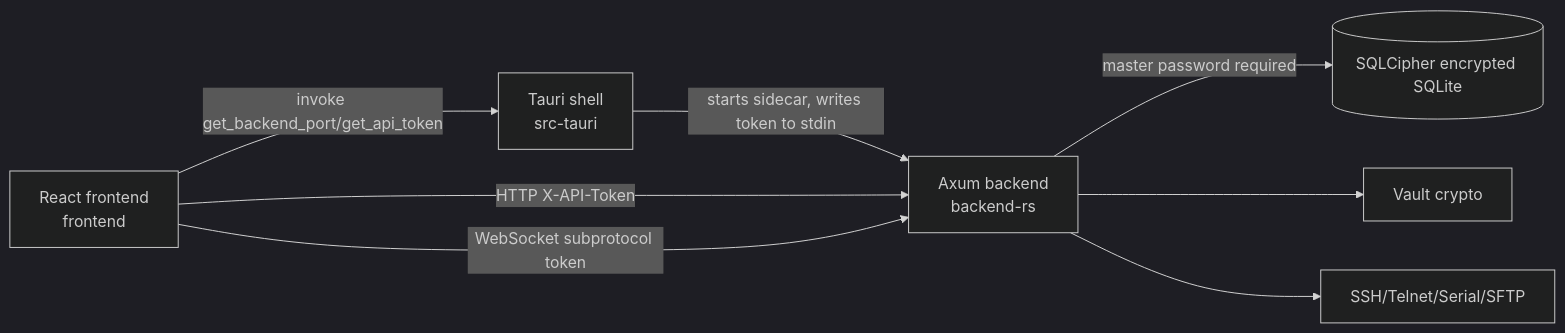
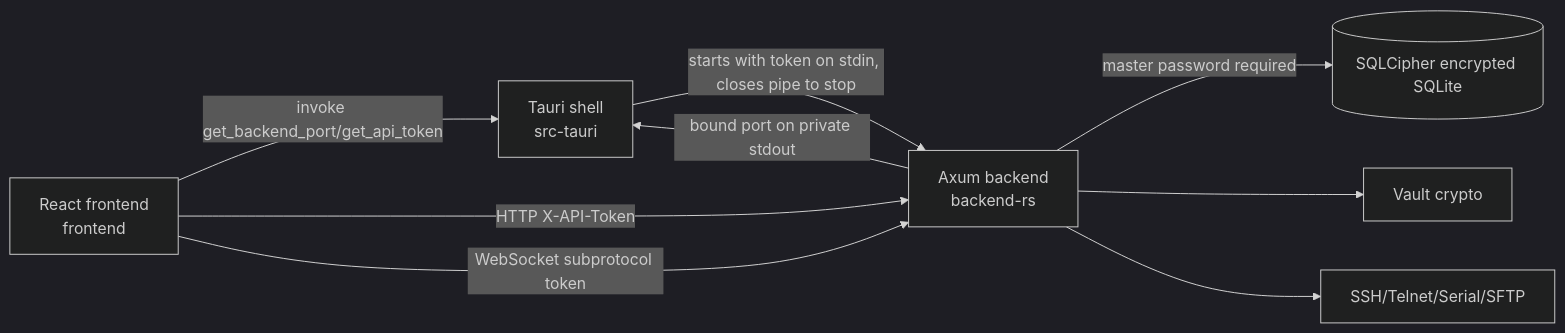
One commit to chighladze/netrix-desktop changed the diagram in docs/architecture.md. Above: the diagram before and after it, drawn with Mermaid (dark theme). The commit also changed other lines of this file and 81 other files, not shown here.

````diff
--- a/docs/architecture.md
+++ b/docs/architecture.md
@@ -7,10 +7,11 @@
 ```mermaid
 flowchart LR
-  Tauri[Tauri shell\nsrc-tauri] -->|starts sidecar, writes token to stdin| Backend[Axum backend\nbackend-rs]
+  Tauri[Tauri shell\nsrc-tauri] -->|starts with token on stdin, closes pipe to stop| Backend[Axum backend\nbackend-rs]
+  Backend -->|bound port on private stdout| Tauri
   Frontend[React frontend\nfrontend] -->|invoke get_backend_port/get_api_token| Tauri
   Frontend -->|HTTP X-API-Token| Backend
   Frontend -->|WebSocket subprotocol token| Backend
   Backend -->|master password required| SQLite[(SQLCipher encrypted SQLite)]
   Backend --> Vault[Vault crypto]
   Backend --> SSH[SSH/Telnet/Serial/SFTP]
 ```
````
